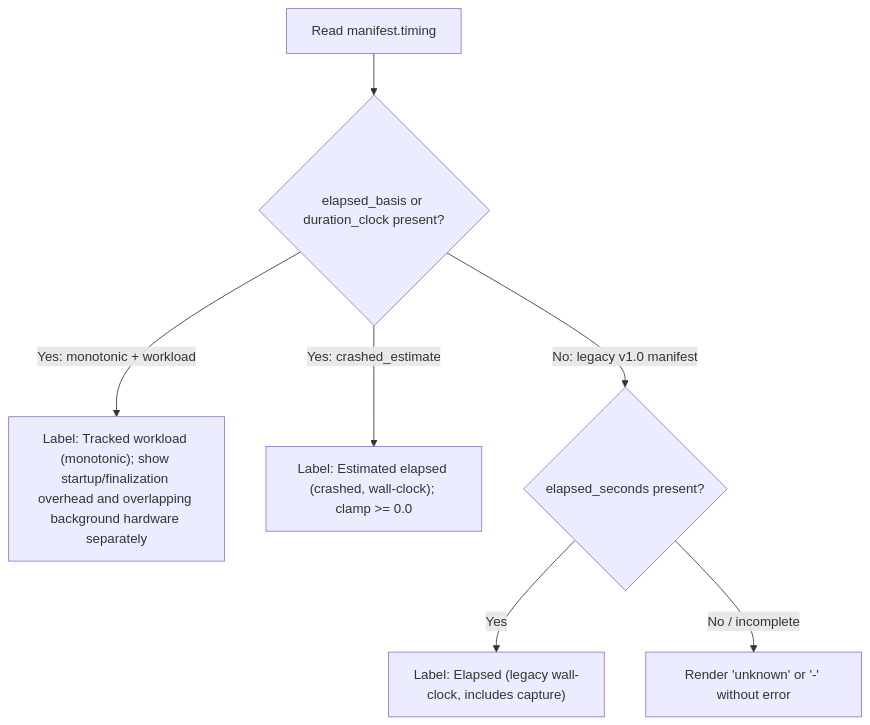
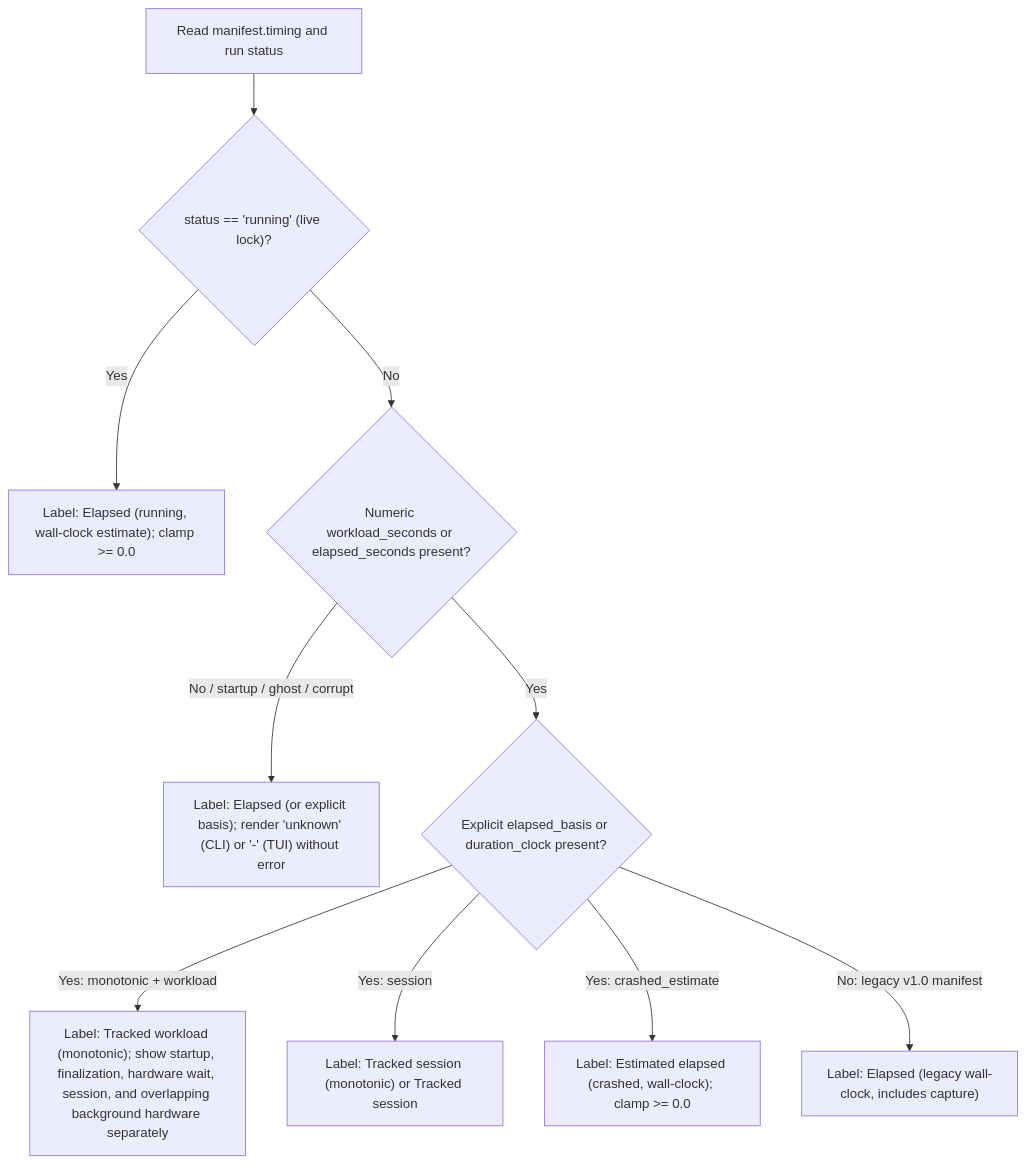
One commit to fariello/pubrun changed the first of 2 diagrams in .aw/records/plans/pending/20261121-timing-acc-03-vrr1fv-reports-status-diff-and-tui-timing-semantics.ipd.md. Above: the diagram before and after it, drawn with Mermaid. The commit also changed other lines of this file and 1 other file, not shown here.

````diff
--- a/.aw/records/plans/pending/20261121-timing-acc-03-vrr1fv-reports-status-diff-and-tui-timing-semantics.ipd.md
+++ b/.aw/records/plans/pending/20261121-timing-acc-03-vrr1fv-reports-status-diff-and-tui-timing-semantics.ipd.md
@@ -36,9 +39,12 @@
 ```mermaid
 flowchart TD
-    A["Read manifest.timing"] --> B{"elapsed_basis or duration_clock present?"}
-    B -->|Yes: monotonic + workload| C["Label: Tracked workload (monotonic); show startup/finalization overhead and overlapping background hardware separately"]
-    B -->|Yes: crashed_estimate| D["Label: Estimated elapsed (crashed, wall-clock); clamp >= 0.0"]
-    B -->|No: legacy v1.0 manifest| E{"elapsed_seconds present?"}
-    E -->|Yes| F["Label: Elapsed (legacy wall-clock, includes capture)"]
-    E -->|No / incomplete| G["Render 'unknown' or '-' without error"]
+    A["Read manifest.timing and run status"] --> R{"status == 'running' (live lock)?"}
+    R -->|Yes| RL["Label: Elapsed (running, wall-clock estimate); clamp >= 0.0"]
+    R -->|No| D{"Numeric workload_seconds or elapsed_seconds present?"}
+    D -->|No / startup / ghost / corrupt| G["Label: Elapsed (or explicit basis); render 'unknown' (CLI) or '-' (TUI) without error"]
+    D -->|Yes| B{"Explicit elapsed_basis or duration_clock present?"}
+    B -->|Yes: monotonic + workload| C["Label: Tracked workload (monotonic); show startup, finalization, hardware wait, session, and overlapping background hardware separately"]
+    B -->|Yes: session| S["Label: Tracked session (monotonic) or Tracked session"]
+    B -->|Yes: crashed_estimate| K["Label: Estimated elapsed (crashed, wall-clock); clamp >= 0.0"]
+    B -->|No: legacy v1.0 manifest| F["Label: Elapsed (legacy wall-clock, includes capture)"]
 ```
````
